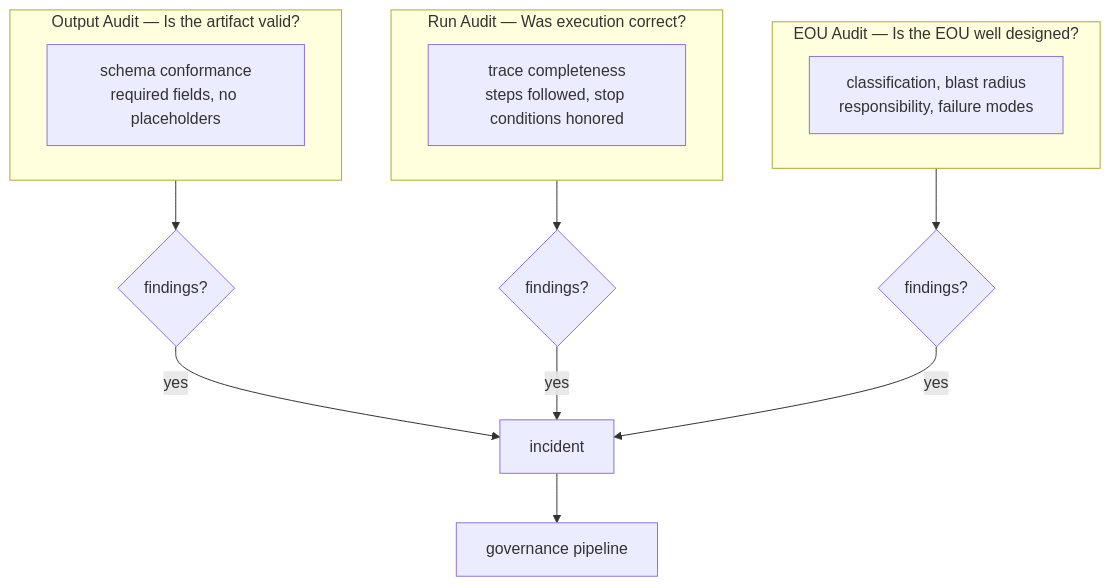
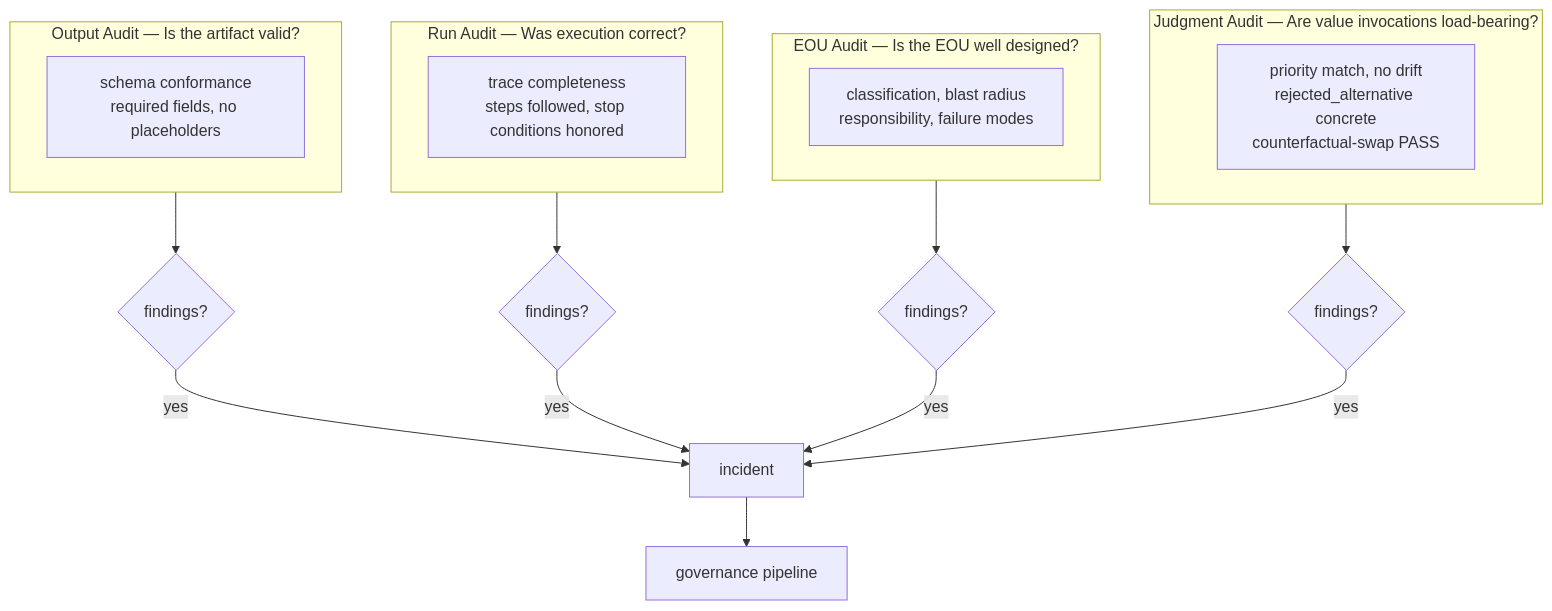
Before and after one commit to xiaolai/eou-foundry: the first of 3 diagrams in dev-docs/03-doctrine.md, drawn with Mermaid. The commit also changed other lines of this file and 56 other files, not shown here.

````diff
--- a/dev-docs/03-doctrine.md
+++ b/dev-docs/03-doctrine.md
@@ -297,19 +298,24 @@
 ```mermaid
 flowchart TD
     subgraph L1["Output Audit — Is the artifact valid?"]
         OA["schema conformance\nrequired fields, no placeholders"]
     end
     subgraph L2["Run Audit — Was execution correct?"]
         RA["trace completeness\nsteps followed, stop conditions honored"]
     end
     subgraph L3["EOU Audit — Is the EOU well designed?"]
         EA["classification, blast radius\nresponsibility, failure modes"]
     end
+    subgraph L4["Judgment Audit — Are value invocations load-bearing?"]
+        JA["priority match, no drift\nrejected_alternative concrete\ncounterfactual-swap PASS"]
+    end
     L1 --> F1{findings?}
     L2 --> F2{findings?}
     L3 --> F3{findings?}
+    L4 --> F4{findings?}
     F1 -->|yes| INC[incident]
     F2 -->|yes| INC
     F3 -->|yes| INC
+    F4 -->|yes| INC
     INC --> GOV[governance pipeline]
 ```
````
